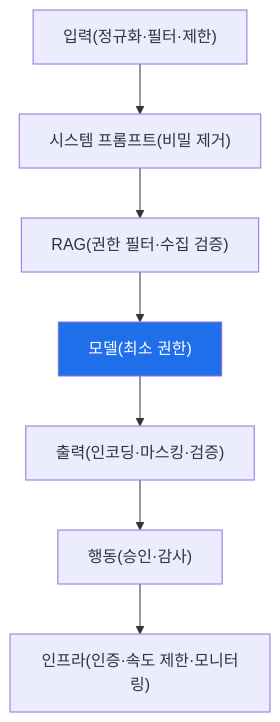
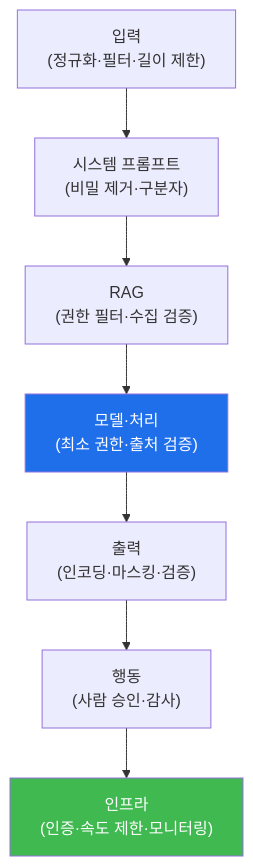
One commit to mrgrit/tw2 changed the diagram in contents/training/ai-service-pentest/lecture_week14.md. Above: the diagram before and after it, drawn with Mermaid. The commit also changed other lines of this file, not shown here.

````diff
--- a/contents/training/ai-service-pentest/lecture_week14.md
+++ b/contents/training/ai-service-pentest/lecture_week14.md
@@ -56,10 +57,11 @@
 ```mermaid
 graph TD
-    IN["입력(정규화·필터·제한)"] --> SP["시스템 프롬프트(비밀 제거)"]
-    SP --> RAG["RAG(권한 필터·수집 검증)"]
-    RAG --> M["모델(최소 권한)"]
-    M --> OUT["출력(인코딩·마스킹·검증)"]
-    OUT --> ACT["행동(승인·감사)"]
-    ACT --> INF["인프라(인증·속도 제한·모니터링)"]
+    IN["입력<br/>(정규화·필터·길이 제한)"] --> SP["시스템 프롬프트<br/>(비밀 제거·구분자)"]
+    SP --> RAG["RAG<br/>(권한 필터·수집 검증)"]
+    RAG --> M["모델·처리<br/>(최소 권한·출처 검증)"]
+    M --> OUT["출력<br/>(인코딩·마스킹·검증)"]
+    OUT --> ACT["행동<br/>(사람 승인·감사)"]
+    ACT --> INF["인프라<br/>(인증·속도 제한·모니터링)"]
     style M fill:#1f6feb,color:#fff
+    style INF fill:#3fb950,color:#fff
 ```
````
